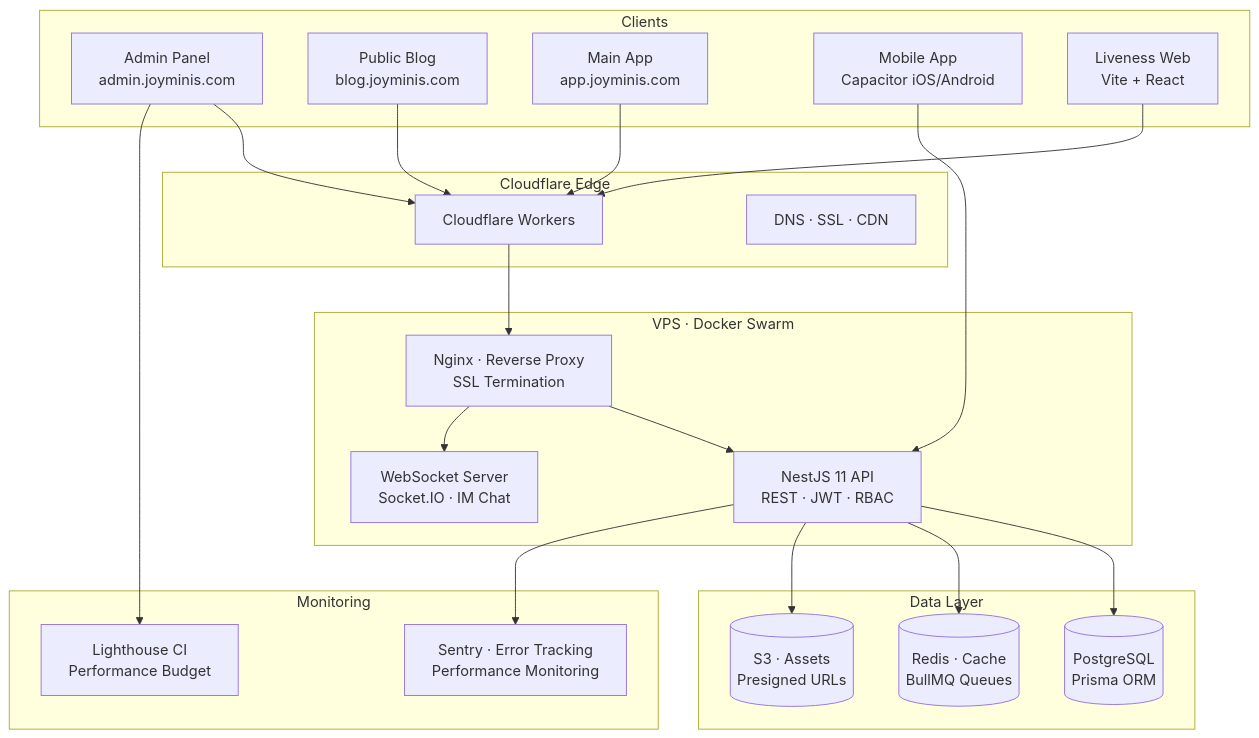
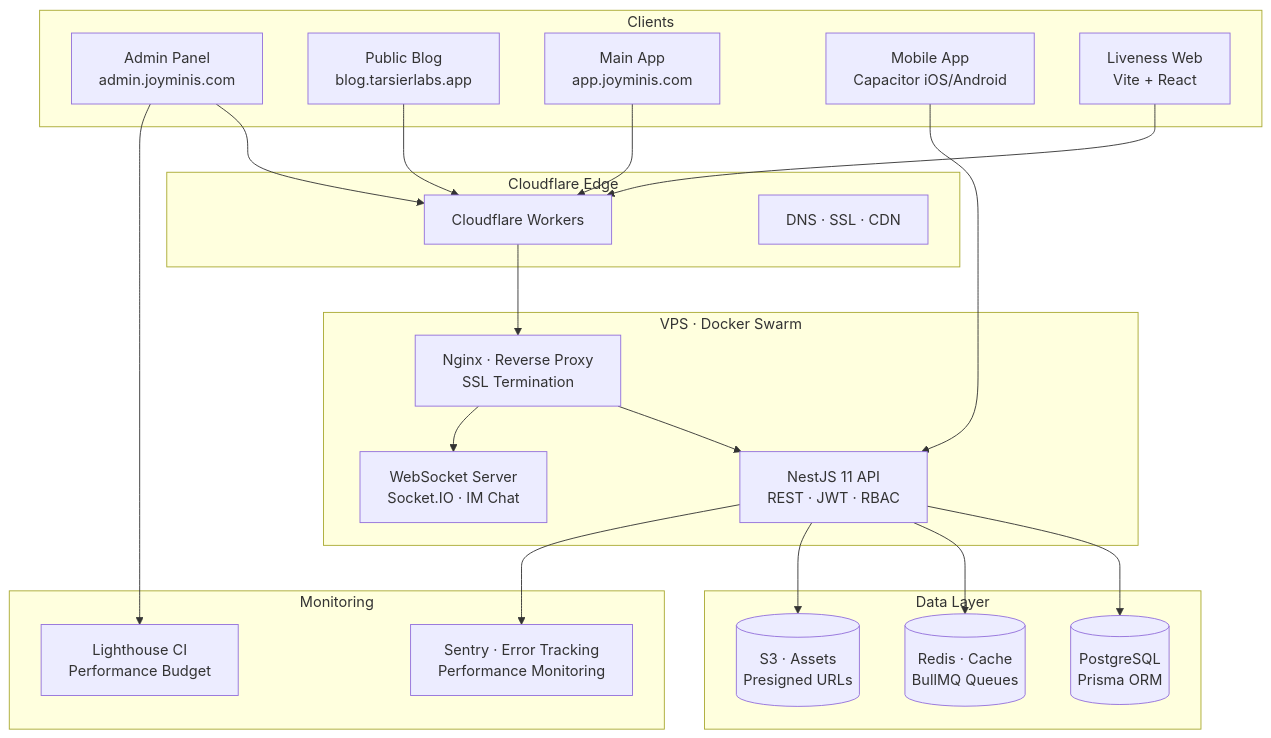
One commit to MrBigPorter/JoyMini_Nest_Monorepo changed the first of 2 diagrams in README.md. Above: the diagram before and after it, drawn with Mermaid. The commit also changed other lines of this file and 33 other files, not shown here.

Commit message:
feat: update domain references to blog.tarsierlabs.app and add site-wide constants for configuration

````diff
--- a/README.md
+++ b/README.md
@@ -360,46 +360,46 @@
 ```mermaid
 graph TB
     subgraph Clients["Clients"]
         Admin["Admin Panel<br/>admin.joyminis.com"]
-        Blog["Public Blog<br/>blog.joyminis.com"]
+        Blog["Public Blog<br/>blog.tarsierlabs.app"]
         App["Main App<br/>app.joyminis.com"]
         Mobile["Mobile App<br/>Capacitor iOS/Android"]
         Liveness["Liveness Web<br/>Vite + React"]
     end
 
     subgraph Edge["Cloudflare Edge"]
         Workers["Cloudflare Workers"]
         DNS["DNS · SSL · CDN"]
     end
 
     subgraph VPS["VPS · Docker Swarm"]
         API["NestJS 11 API<br/>REST · JWT · RBAC"]
         WS["WebSocket Server<br/>Socket.IO · IM Chat"]
         Nginx["Nginx · Reverse Proxy<br/>SSL Termination"]
     end
 
     subgraph Data["Data Layer"]
         PG[("PostgreSQL<br/>Prisma ORM")]
         Redis[("Redis · Cache<br/>BullMQ Queues")]
         S3[("S3 · Assets<br/>Presigned URLs")]
     end
 
     subgraph Monitoring["Monitoring"]
         Sentry["Sentry · Error Tracking<br/>Performance Monitoring"]
         LH["Lighthouse CI<br/>Performance Budget"]
     end
 
     Admin --> Workers
     Blog --> Workers
     App --> Workers
     Mobile --> API
     Liveness --> Workers
     Workers --> Nginx
     Nginx --> API
     Nginx --> WS
     API --> PG
     API --> Redis
     API --> S3
     API --> Sentry
     Admin --> LH
 ```
````
